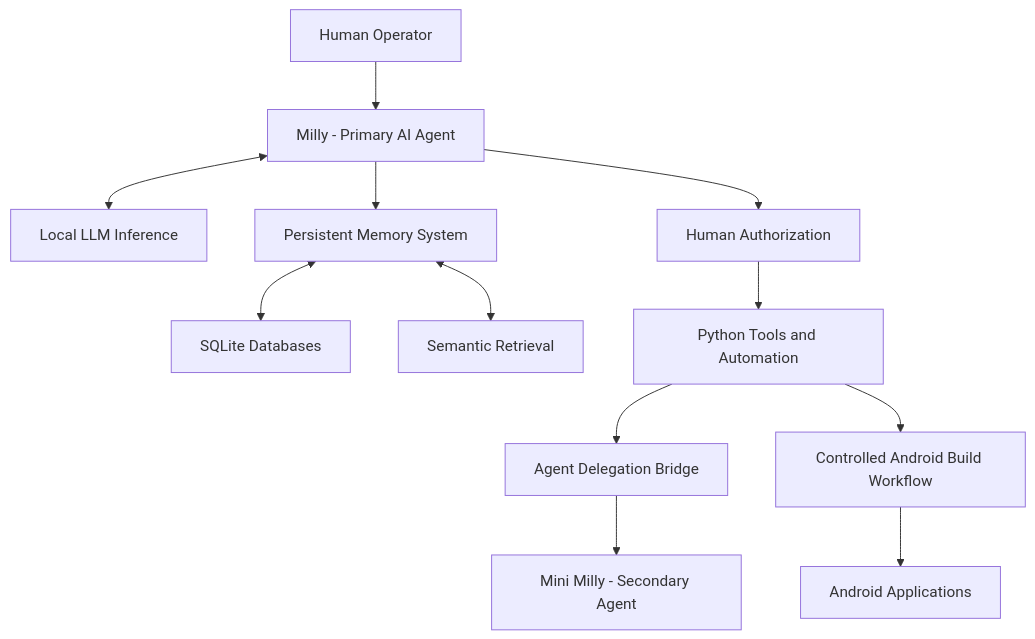
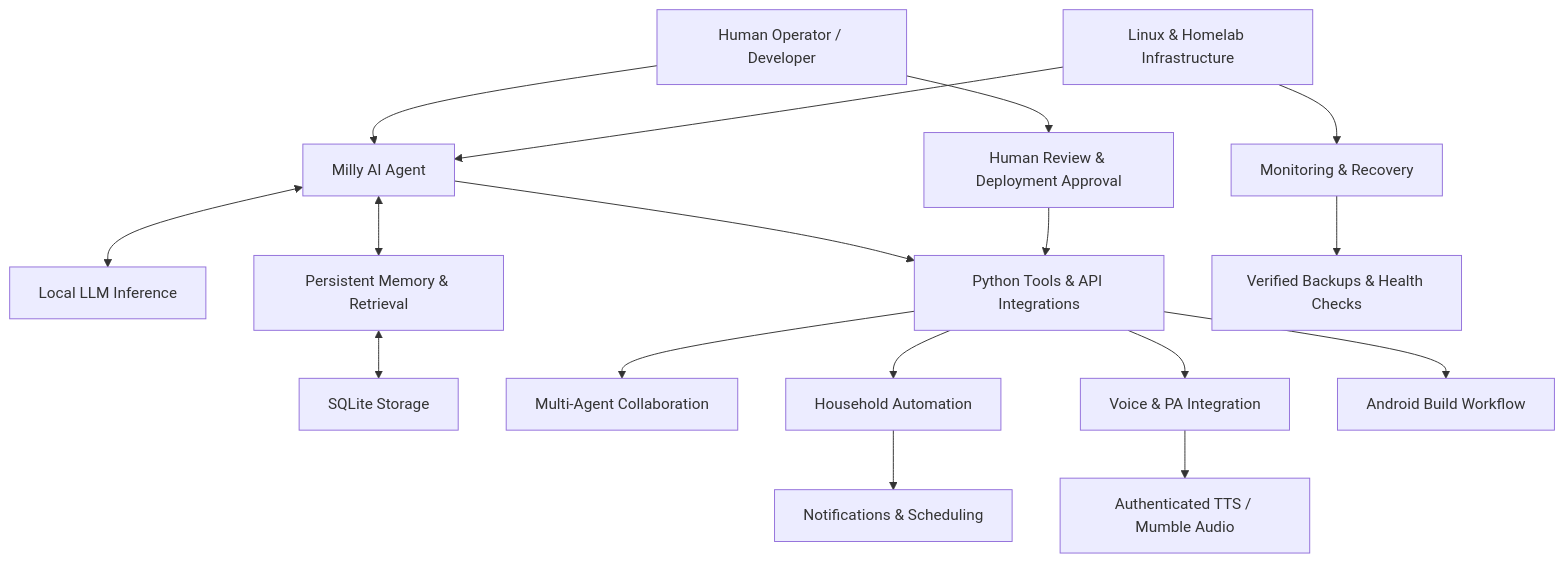
Before and after one commit to kevdarev711/Project-Milly-Showcase: the diagram in README.md, drawn with Mermaid. The commit also changed other lines of this file, not shown here.

````diff
--- a/README.md
+++ b/README.md
@@ -22,18 +171,24 @@
 ```mermaid
 flowchart TD
-    USER["Human Operator"] --> MILLY["Milly - Primary AI Agent"]
+    USER["Human Operator / Developer"] --> MILLY["Milly AI Agent"]
+    MILLY <--> LLM["Local LLM Inference"]
 
-    MILLY <--> LLM["Local LLM Inference"]
-    MILLY --> MEMORY["Persistent Memory System"]
-    MEMORY <--> SQLITE["SQLite Databases"]
-    MEMORY <--> SEMANTIC["Semantic Retrieval"]
+    MILLY <--> MEMORY["Persistent Memory & Retrieval"]
+    MEMORY <--> DB["SQLite Storage"]
 
-    MILLY --> APPROVAL["Human Authorization"]
-    APPROVAL --> TOOLS["Python Tools and Automation"]
+    MILLY --> TOOLS["Python Tools & API Integrations"]
+    USER --> APPROVAL["Human Review & Deployment Approval"]
+    APPROVAL --> TOOLS
 
-    TOOLS --> DELEGATION["Agent Delegation Bridge"]
-    DELEGATION --> MINI["Mini Milly - Secondary Agent"]
+    TOOLS --> AGENTS["Multi-Agent Collaboration"]
+    TOOLS --> HOUSE["Household Automation"]
+    TOOLS --> VOICE["Voice & PA Integration"]
+    TOOLS --> ANDROID["Android Build Workflow"]
 
-    TOOLS --> ANDROID["Controlled Android Build Workflow"]
-    ANDROID --> APK["Android Applications"]
+    HOUSE --> NOTIFY["Notifications & Scheduling"]
+    VOICE --> AUDIO["Authenticated TTS / Mumble Audio"]
+
+    INFRA["Linux & Homelab Infrastructure"] --> MILLY
+    INFRA --> MONITOR["Monitoring & Recovery"]
+    MONITOR --> BACKUP["Verified Backups & Health Checks"]
 ```
````
